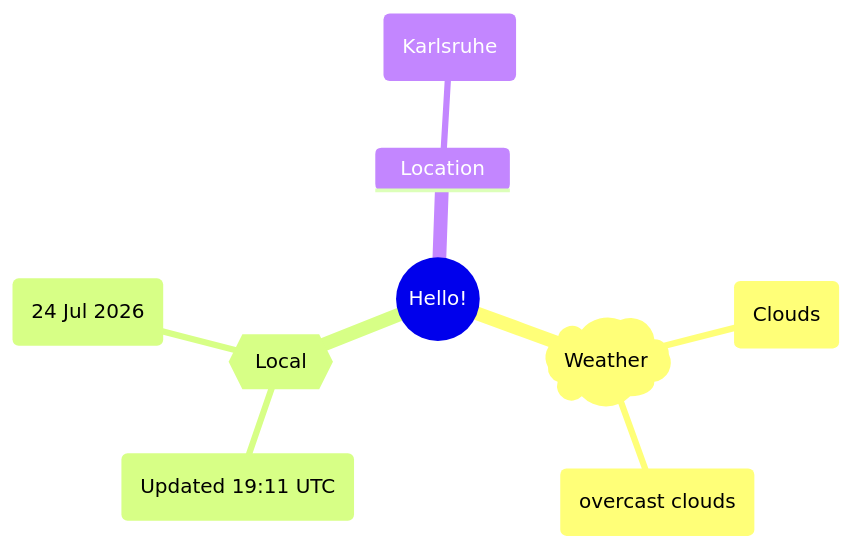
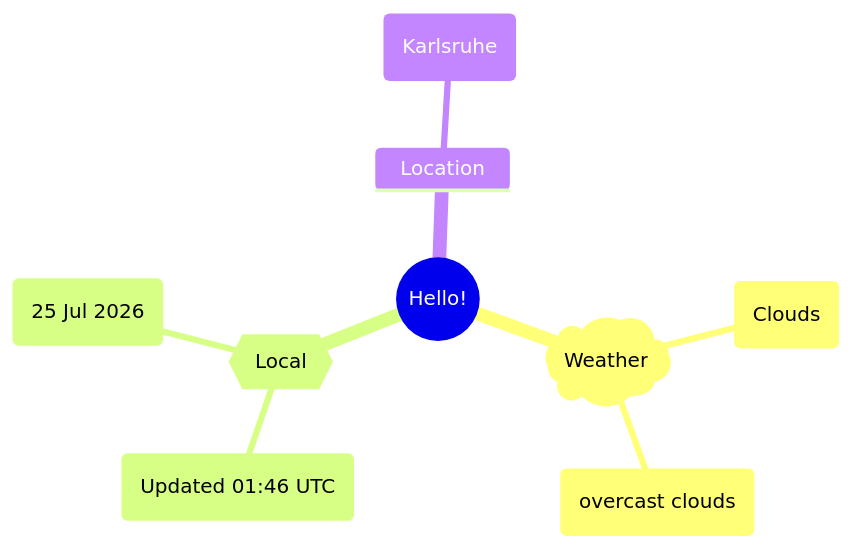
Before and after one commit to Xosrov/Xosrov: the first of 2 diagrams in README.md, drawn with Mermaid.

Commit message:
[bot] updated images

````diff
--- a/README.md
+++ b/README.md
@@ -3,12 +3,12 @@
 ```mermaid
 mindmap
   root((Hello!))
     )Weather(
         (Clouds)
         (overcast clouds)
     {{Local}}
-        (Updated 19:11 UTC)
-        (24 Jul 2026)
+        (Updated 01:46 UTC)
+        (25 Jul 2026)
     Location
         (Karlsruhe)
 ```
````
